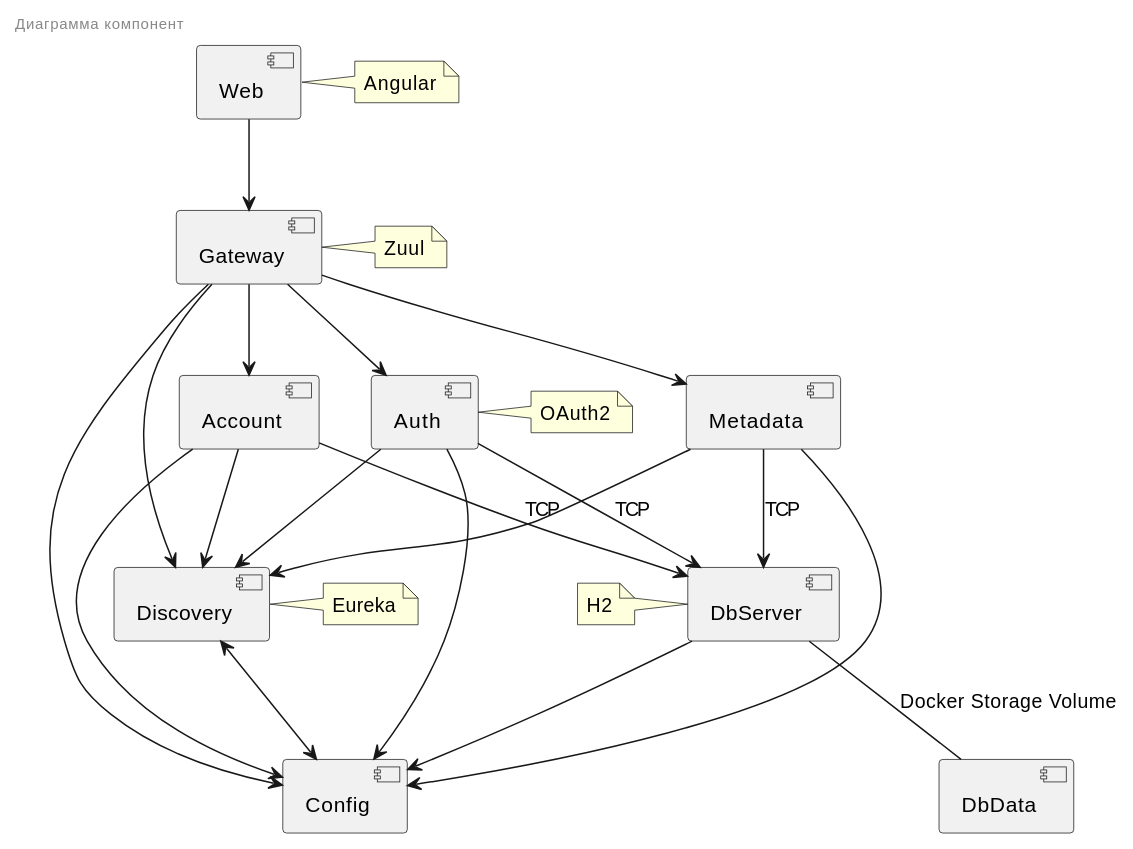
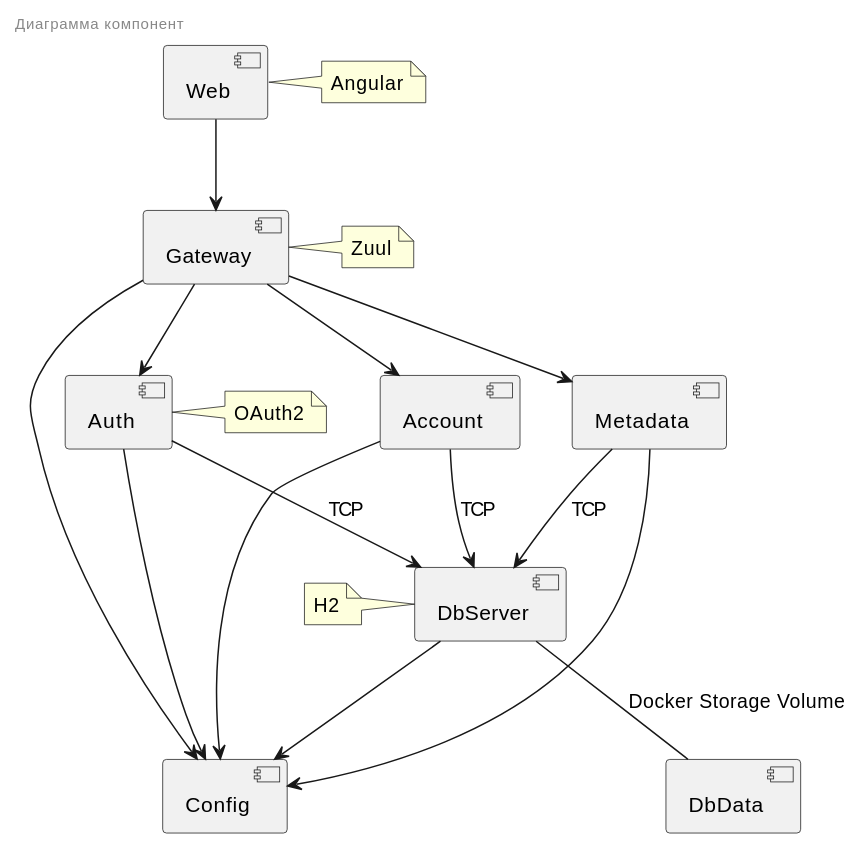
The first of 3 diagrams in documentation/src/docs/asciidoc/notes.adoc (gurv/vg), drawn with PlantUML before and after one commit. The commit also changed other lines of this file and 21 other files, not shown here.

Commit message:
drop discovery (eureka)

```diff
--- a/documentation/src/docs/asciidoc/notes.adoc
+++ b/documentation/src/docs/asciidoc/notes.adoc
@@ -19,49 +19,40 @@
 [plantuml, services, png]
 ....
 left header
 Диаграмма компонент
 endheader
 
 [Web]
 note right of [Web]
   Angular
 end note
 [Gateway]
 note right of [Gateway]
   Zuul
 end note
 [Config]
-[Discovery]
-note right of [Discovery]
-  Eureka
-end note
 [Auth]
 note right of [Auth]
   OAuth2
 end note
 [Account]
 [Metadata]
 [DbServer]
 [DbData]
 note left of [DbServer]
   H2
 end note
 [Web] --> [Gateway]
-[Gateway] --> [Discovery]
 [Gateway] --> [Config]
 [Gateway] --> [Auth]
 [Gateway] --> [Account]
 [Gateway] --> [Metadata]
-[Account] --> [Discovery]
 [Account] --> [Config]
 [Account] --> [DbServer] : TCP
-[Auth] --> [Discovery]
 [Auth] --> [Config]
 [Auth] --> [DbServer] : TCP
-[Discovery] <--> [Config]
 [Metadata] --> [Config]
-[Metadata] --> [Discovery]
 [Metadata] --> [DbServer] : TCP
 [DbServer] --> [Config]
 [DbServer] -- [DbData] : Docker Storage Volume
 ....
```
